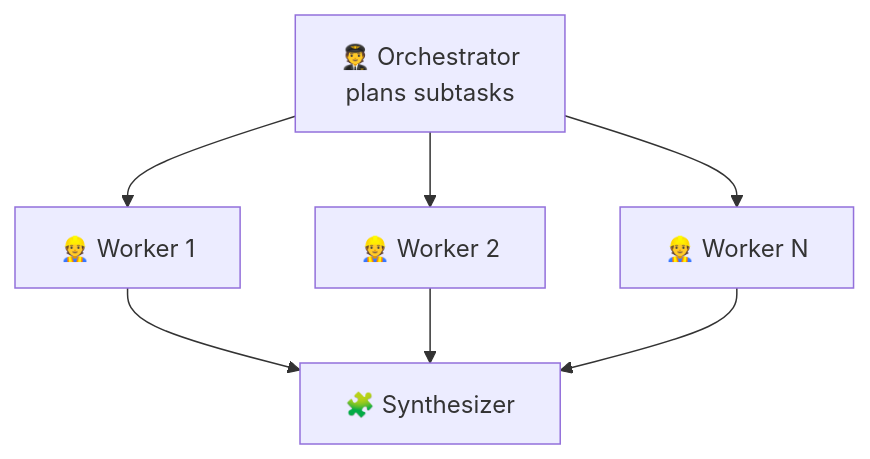
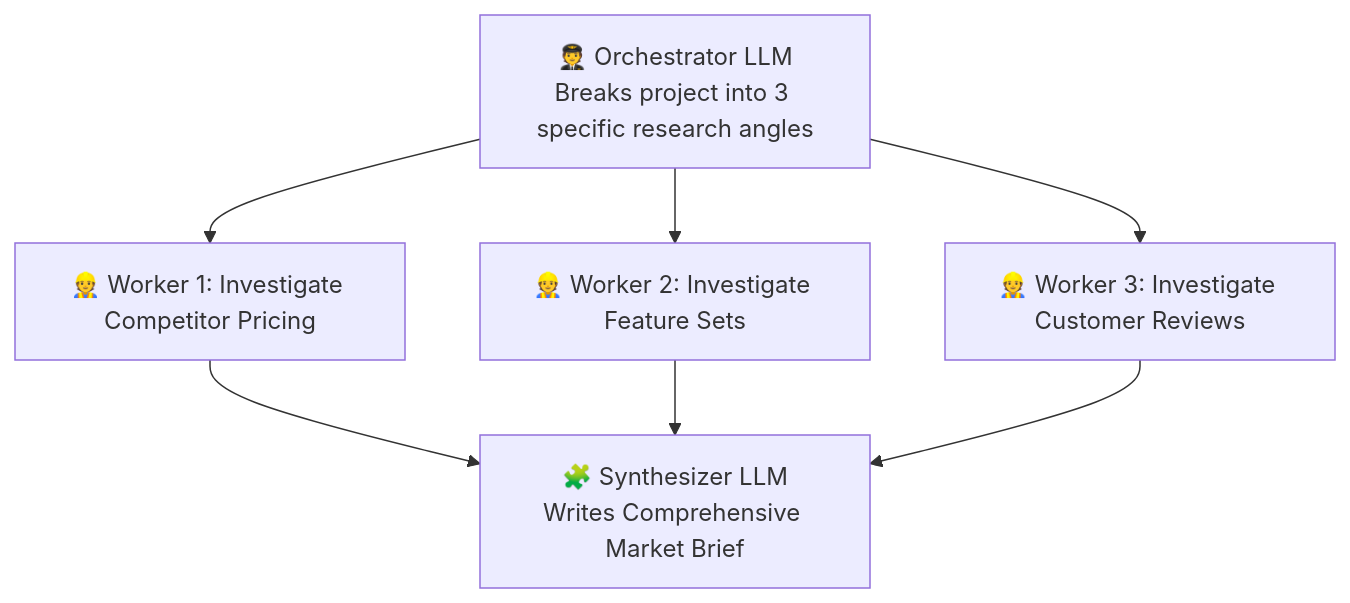
The fourth of 6 diagrams in modules/08-prompt-chaining-workflows.md (ABVicky/Prompt-Engineering-by-Vicky), drawn with Mermaid before and after one commit. The commit also changed other lines of this file and 19 other files, not shown here.

````diff
--- a/modules/08-prompt-chaining-workflows.md
+++ b/modules/08-prompt-chaining-workflows.md
@@ -112,7 +169,7 @@
 ```mermaid
 flowchart TB
-    O["🧑‍✈️ Orchestrator<br/>plans subtasks"] --> W1["👷 Worker 1"]
-    O --> W2["👷 Worker 2"]
-    O --> W3["👷 Worker N"]
-    W1 & W2 & W3 --> SY["🧩 Synthesizer"]
+    O["🧑‍✈️ Orchestrator LLM<br/>Breaks project into 3 specific research angles"] --> W1["👷 Worker 1: Investigate Competitor Pricing"]
+    O --> W2["👷 Worker 2: Investigate Feature Sets"]
+    O --> W3["👷 Worker 3: Investigate Customer Reviews"]
+    W1 & W2 & W3 --> SY["🧩 Synthesizer LLM<br/>Writes Comprehensive Market Brief"]
 ```
````
